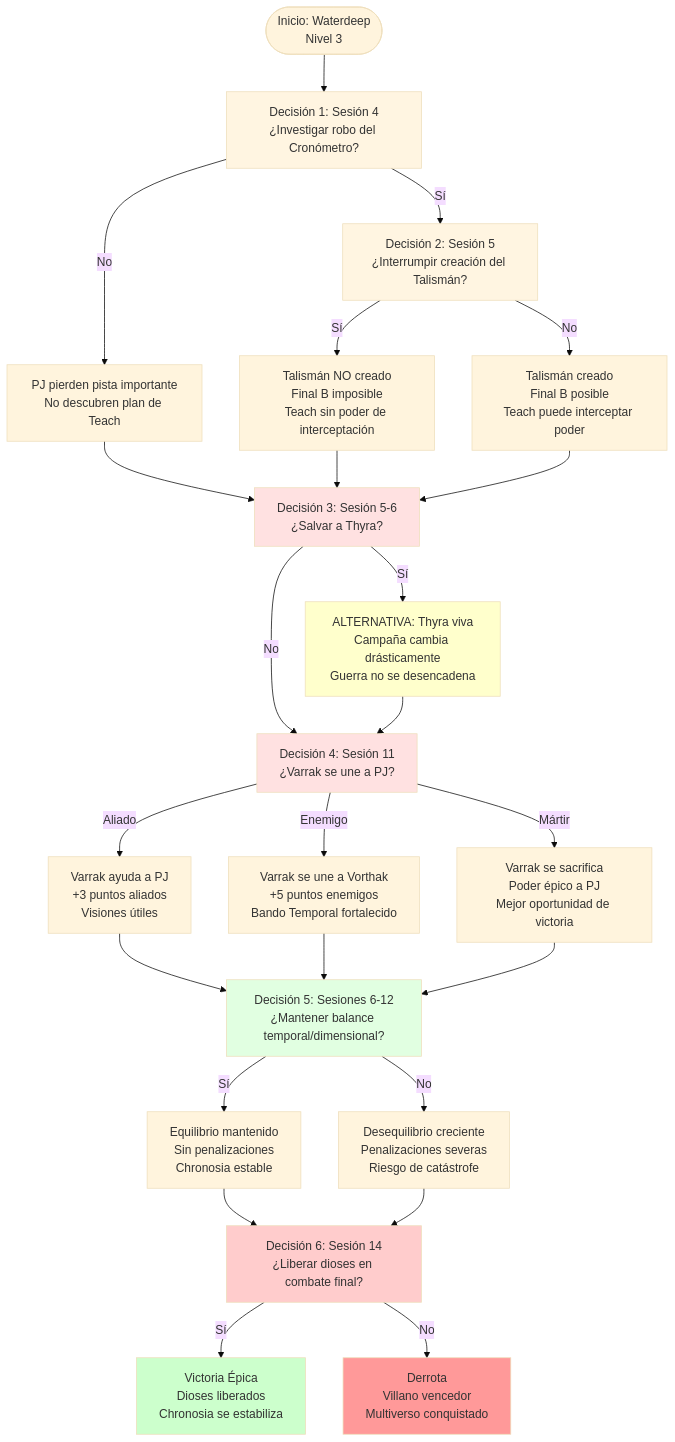
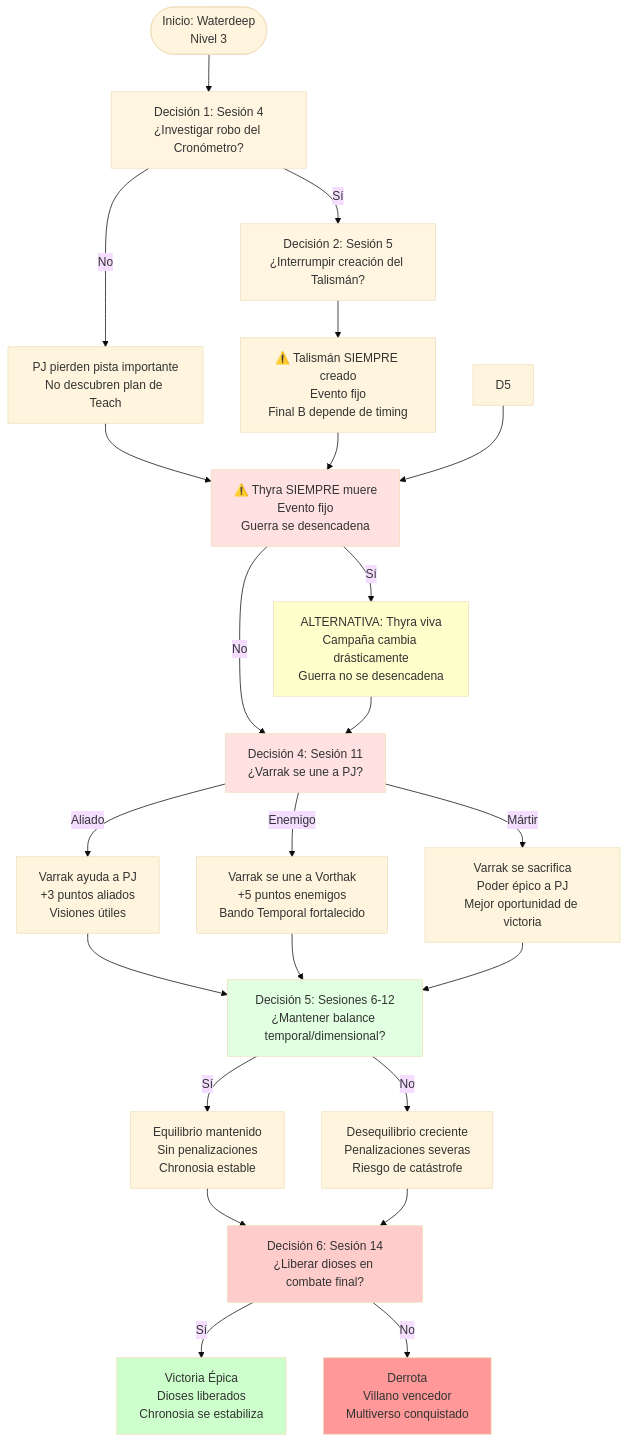
One commit to asantolaria/dnd-campaign-chronosia changed the diagram in Chronosia_Campana_Profesional/00_Esquemas/04_Decisiones_Criticas.md. Above: the diagram before and after it, drawn with Mermaid (base theme). The commit also changed other lines of this file and 48 other files, not shown here.

````diff
--- a/Chronosia_Campana_Profesional/00_Esquemas/04_Decisiones_Criticas.md
+++ b/Chronosia_Campana_Profesional/00_Esquemas/04_Decisiones_Criticas.md
@@ -18,46 +18,45 @@
 ```mermaid
 flowchart TD
     START([Inicio: Waterdeep<br/>Nivel 3]) --> D1[Decisión 1: Sesión 4<br/>¿Investigar robo del Cronómetro?]
     
     D1 -->|Sí| D2[Decisión 2: Sesión 5<br/>¿Interrumpir creación del Talismán?]
     D1 -->|No| D3[PJ pierden pista importante<br/>No descubren plan de Teach]
     
-    D2 -->|Sí| D4[Talismán NO creado<br/>Final B imposible<br/>Teach sin poder de interceptación]
-    D2 -->|No| D5[Talismán creado<br/>Final B posible<br/>Teach puede interceptar poder]
+    D2 --> D4[⚠️ Talismán SIEMPRE creado<br/>Evento fijo<br/>Final B depende de timing]
     
-    D3 --> D6[Decisión 3: Sesión 5-6<br/>¿Salvar a Thyra?]
+    D3 --> D6[⚠️ Thyra SIEMPRE muere<br/>Evento fijo<br/>Guerra se desencadena]
     D4 --> D6
     D5 --> D6
     
     D6 -->|Sí| ALT[ALTERNATIVA: Thyra viva<br/>Campaña cambia drásticamente<br/>Guerra no se desencadena]
     D6 -->|No| D7[Decisión 4: Sesión 11<br/>¿Varrak se une a PJ?]
     
     ALT --> D7
     
     D7 -->|Aliado| D8[Varrak ayuda a PJ<br/>+3 puntos aliados<br/>Visiones útiles]
     D7 -->|Enemigo| D9[Varrak se une a Vorthak<br/>+5 puntos enemigos<br/>Bando Temporal fortalecido]
     D7 -->|Mártir| D10[Varrak se sacrifica<br/>Poder épico a PJ<br/>Mejor oportunidad de victoria]
     
     D8 --> D11[Decisión 5: Sesiones 6-12<br/>¿Mantener balance temporal/dimensional?]
     D9 --> D11
     D10 --> D11
     
     D11 -->|Sí| D12[Equilibrio mantenido<br/>Sin penalizaciones<br/>Chronosia estable]
     D11 -->|No| D13[Desequilibrio creciente<br/>Penalizaciones severas<br/>Riesgo de catástrofe]
     
     D12 --> D14[Decisión 6: Sesión 14<br/>¿Liberar dioses en combate final?]
     D13 --> D14
     
     D14 -->|Sí| VICTORIA[Victoria Épica<br/>Dioses liberados<br/>Chronosia se estabiliza]
     D14 -->|No| DERROTA[Derrota<br/>Villano vencedor<br/>Multiverso conquistado]
     
     style D1 fill:#fff5e1
     style D2 fill:#fff5e1
     style D6 fill:#ffe1e1
     style D7 fill:#ffe1e1
     style D11 fill:#e1ffe1
     style D14 fill:#ffcccc
     style VICTORIA fill:#ccffcc
     style DERROTA fill:#ff9999
     style ALT fill:#ffffcc
 ```
````
